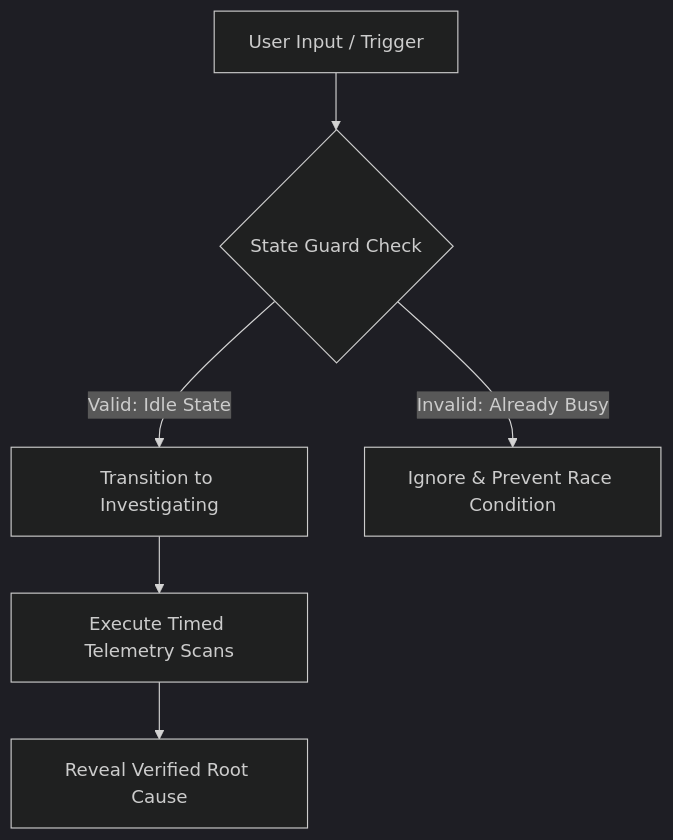
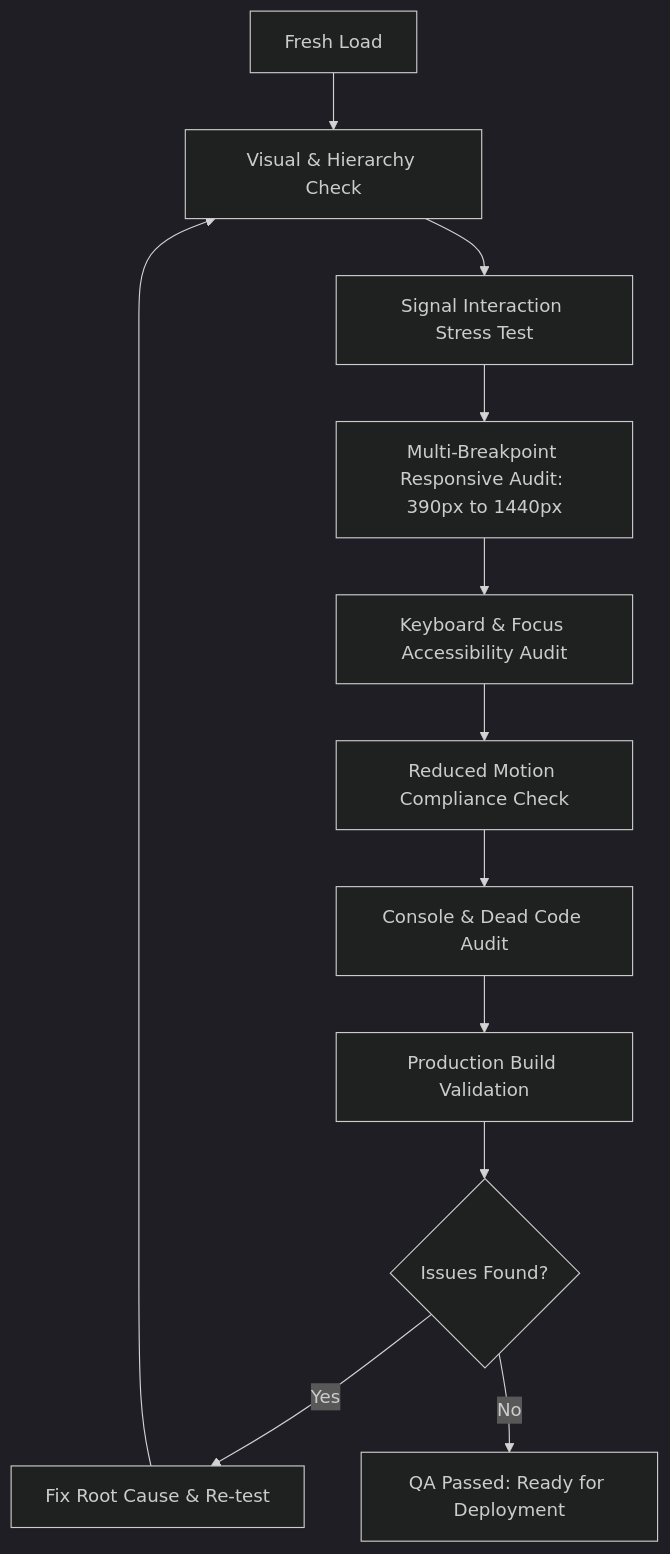
Before and after one commit to Yuvraj264/Signal-Acdyon-company-: diagram 12 of 12 in DECISIONS.md, drawn with Mermaid (dark theme). The commit also changed other lines of this file and 8 other files, not shown here.

````diff
--- a/DECISIONS.md
+++ b/DECISIONS.md
@@ -405,8 +433,14 @@
 ```mermaid
 flowchart TD
-    A[User Input / Trigger] --> B{State Guard Check}
-    B -->|Valid: Idle State| C[Transition to Investigating]
-    B -->|Invalid: Already Busy| D[Ignore & Prevent Race Condition]
-    C --> E[Execute Timed Telemetry Scans]
-    E --> F[Reveal Verified Root Cause]
+    A[Fresh Load] --> B[Visual & Hierarchy Check]
+    B --> C[Signal Interaction Stress Test]
+    C --> D[Multi-Breakpoint Responsive Audit: 390px to 1440px]
+    D --> E[Keyboard & Focus Accessibility Audit]
+    E --> F[Reduced Motion Compliance Check]
+    F --> G[Console & Dead Code Audit]
+    G --> H[Production Build Validation]
+    H --> I{Issues Found?}
+    I -->|Yes| J[Fix Root Cause & Re-test]
+    J --> B
+    I -->|No| K[QA Passed: Ready for Deployment]
 ```
````
